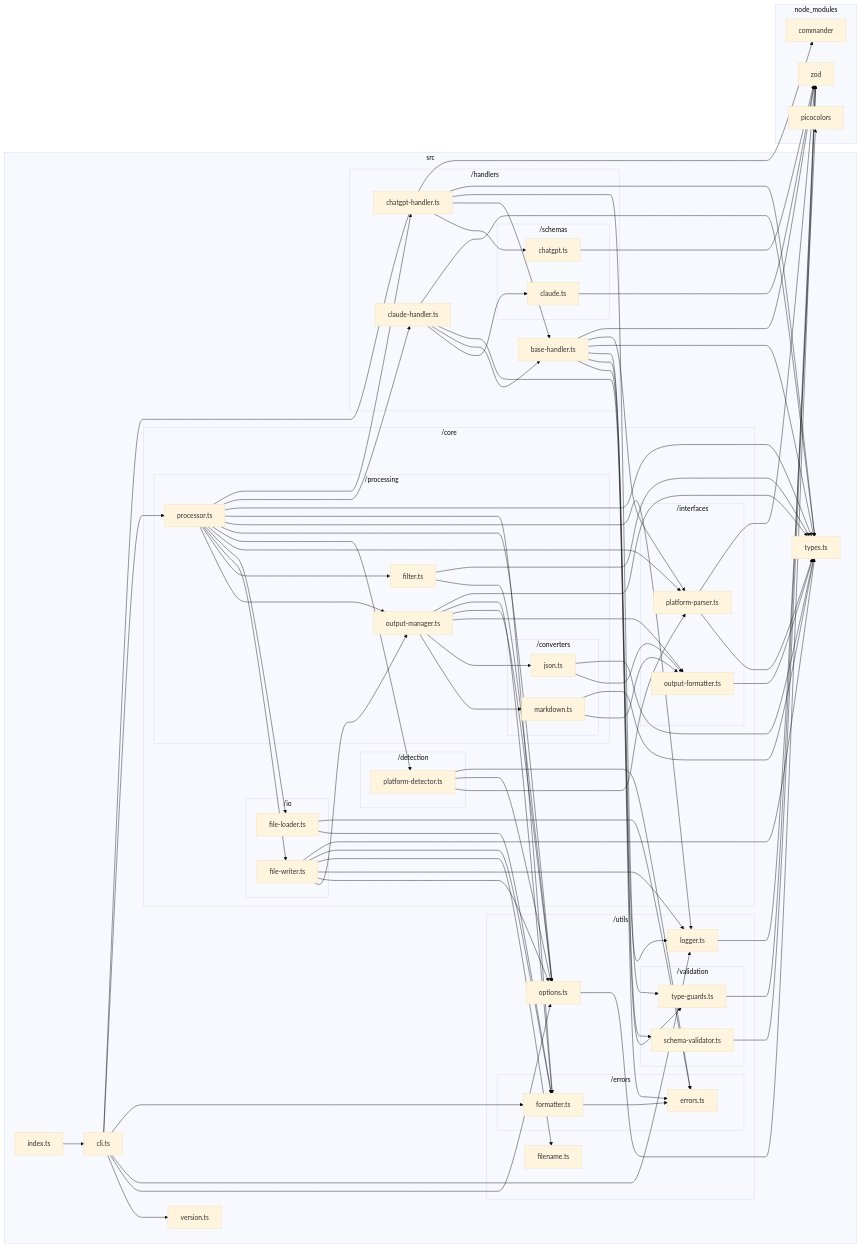
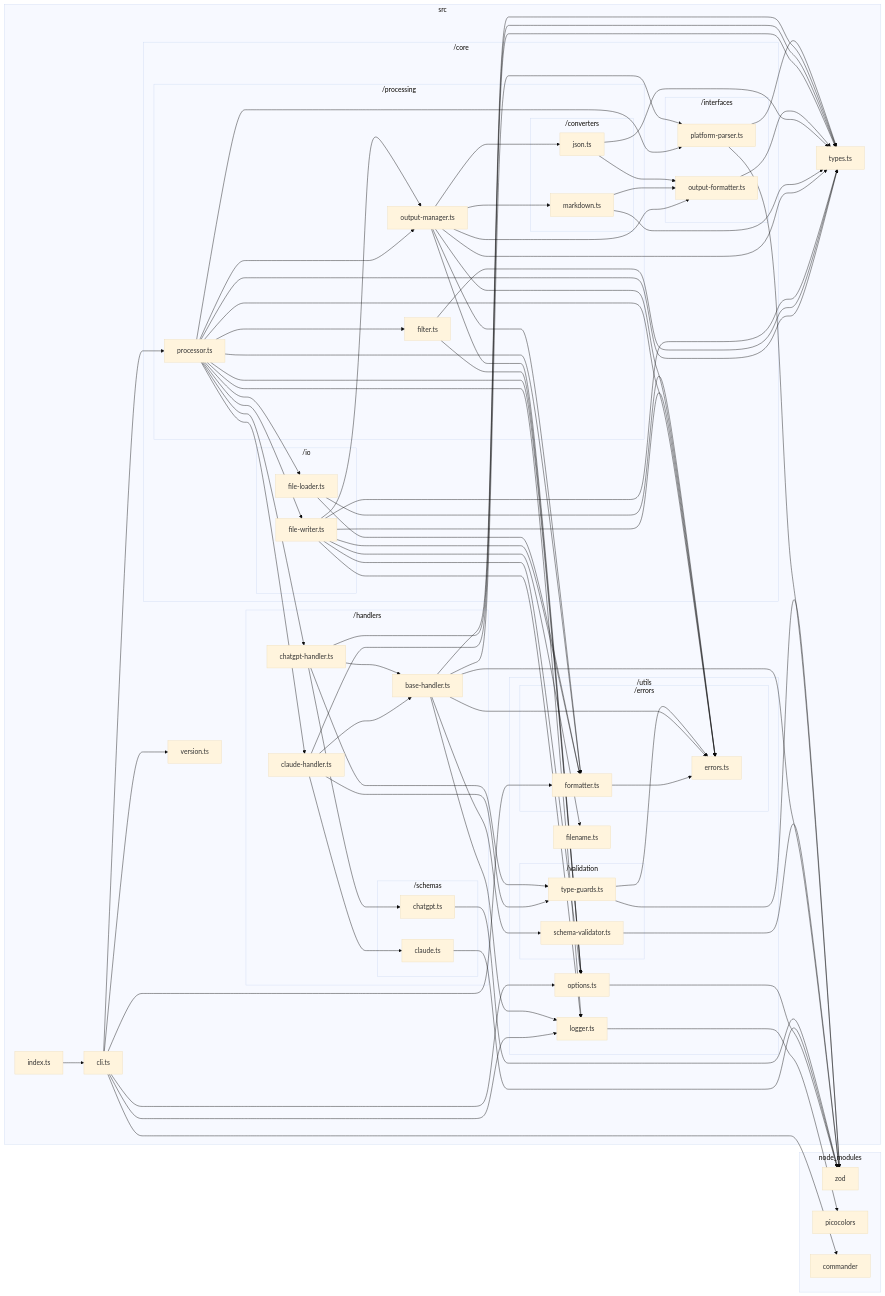
The diagram in docs/dependency-graphs/typescript-graph.md (sugurutakahashi-1234/ai-chat-md-export), drawn with Mermaid (base theme) before and after one commit. The commit also changed 27 other files, not shown here.

First line of the commit message:
refactor: remove platform detector and simplify error handling

```diff
--- a/docs/dependency-graphs/typescript-graph.md
+++ b/docs/dependency-graphs/typescript-graph.md
@@ -15,22 +15,19 @@
             src/utils/logger.ts["logger.ts"]
             src/utils/options.ts["options.ts"]
             src/utils/filename.ts["filename.ts"]
+            subgraph src/utils/errors["/errors"]
+                src/utils/errors/errors.ts["errors.ts"]
+                src/utils/errors/formatter.ts["formatter.ts"]
+            end
             subgraph src/utils/validation["/validation"]
                 src/utils/validation/type//guards.ts["type-guards.ts"]
                 src/utils/validation/schema//validator.ts["schema-validator.ts"]
-            end
-            subgraph src/utils/errors["/errors"]
-                src/utils/errors/errors.ts["errors.ts"]
-                src/utils/errors/formatter.ts["formatter.ts"]
             end
         end
         subgraph src/core["/core"]
             subgraph src/core/interfaces["/interfaces"]
                 src/core/interfaces/platform//parser.ts["platform-parser.ts"]
                 src/core/interfaces/output//formatter.ts["output-formatter.ts"]
-            end
-            subgraph src/core/detection["/detection"]
-                src/core/detection/platform//detector.ts["platform-detector.ts"]
             end
             subgraph src/core/io["/io"]
                 src/core/io/file//loader.ts["file-loader.ts"]
@@ -62,6 +59,7 @@
         node//modules/commander/typings/index.d.ts["commander"]
     end
     src/utils/validation/type//guards.ts-->node//modules/zod/index.d.cts
+    src/utils/validation/type//guards.ts-->src/utils/errors/errors.ts
     src/core/interfaces/platform//parser.ts-->node//modules/zod/index.d.cts
     src/core/interfaces/platform//parser.ts-->src/types.ts
     src/utils/logger.ts-->node//modules/picocolors/picocolors.d.ts
@@ -84,9 +82,6 @@
     src/handlers/claude//handler.ts-->src/handlers/schemas/claude.ts
     src/utils/errors/formatter.ts-->src/utils/errors/errors.ts
     src/utils/options.ts-->node//modules/zod/index.d.cts
-    src/core/detection/platform//detector.ts-->src/utils/errors/errors.ts
-    src/core/detection/platform//detector.ts-->src/utils/options.ts
-    src/core/detection/platform//detector.ts-->src/core/interfaces/platform//parser.ts
     src/core/io/file//loader.ts-->src/utils/errors/errors.ts
     src/core/io/file//loader.ts-->src/utils/errors/formatter.ts
     src/core/interfaces/output//formatter.ts-->src/types.ts
@@ -95,12 +90,14 @@
     src/core/processing/converters/markdown.ts-->src/types.ts
     src/core/processing/converters/markdown.ts-->src/core/interfaces/output//formatter.ts
     src/core/processing/output//manager.ts-->src/types.ts
+    src/core/processing/output//manager.ts-->src/utils/errors/errors.ts
     src/core/processing/output//manager.ts-->src/utils/errors/formatter.ts
     src/core/processing/output//manager.ts-->src/utils/options.ts
     src/core/processing/output//manager.ts-->src/core/interfaces/output//formatter.ts
     src/core/processing/output//manager.ts-->src/core/processing/converters/json.ts
     src/core/processing/output//manager.ts-->src/core/processing/converters/markdown.ts
     src/core/io/file//writer.ts-->src/types.ts
+    src/core/io/file//writer.ts-->src/utils/errors/errors.ts
     src/core/io/file//writer.ts-->src/utils/errors/formatter.ts
     src/core/io/file//writer.ts-->src/utils/filename.ts
     src/core/io/file//writer.ts-->src/utils/logger.ts
@@ -111,10 +108,10 @@
     src/core/processing/processor.ts-->src/handlers/chatgpt//handler.ts
     src/core/processing/processor.ts-->src/handlers/claude//handler.ts
     src/core/processing/processor.ts-->src/types.ts
+    src/core/processing/processor.ts-->src/utils/errors/errors.ts
     src/core/processing/processor.ts-->src/utils/errors/formatter.ts
     src/core/processing/processor.ts-->src/utils/logger.ts
     src/core/processing/processor.ts-->src/utils/options.ts
-    src/core/processing/processor.ts-->src/core/detection/platform//detector.ts
     src/core/processing/processor.ts-->src/core/interfaces/platform//parser.ts
     src/core/processing/processor.ts-->src/core/io/file//loader.ts
     src/core/processing/processor.ts-->src/core/io/file//writer.ts
```
